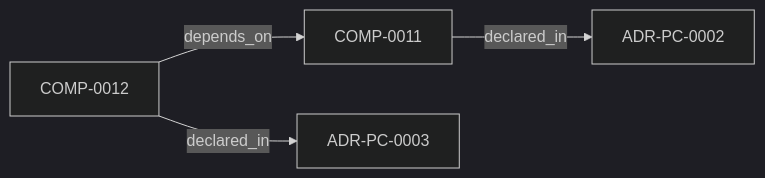
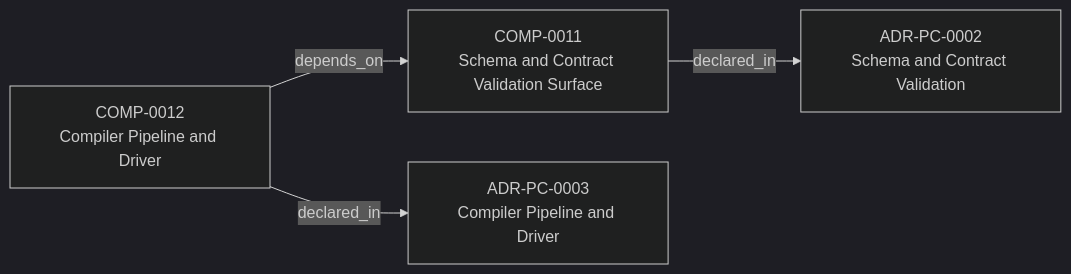
One commit to egallmann/adr-architecture-kit changed the first of 3 diagrams in adrs/adr-projection/physical-component/ADR-PC-0002-schema-and-contract-validation.md. Above: the diagram before and after it, drawn with Mermaid (dark theme). The commit also changed other lines of this file and 35 other files, not shown here.

````diff
--- a/adrs/adr-projection/physical-component/ADR-PC-0002-schema-and-contract-validation.md
+++ b/adrs/adr-projection/physical-component/ADR-PC-0002-schema-and-contract-validation.md
@@ -30,10 +62,10 @@
 ```mermaid
 flowchart LR
-  n_019fee89_e617_7060_8f3f_4ecd46a719da["COMP-0011"]
-  n_019fee89_e617_76ad_9336_b3615a6e4bde["COMP-0012"]
-  n_019fee89_e617_7d2b_8325_cd85ff814477["ADR-PC-0002"]
-  n_019fee89_e618_7b76_843f_cfe21ceb2ea6["ADR-PC-0003"]
+  n_019fee89_e617_7060_8f3f_4ecd46a719da["COMP-0011<br/>Schema and Contract Validation Surface"]
+  n_019fee89_e617_76ad_9336_b3615a6e4bde["COMP-0012<br/>Compiler Pipeline and Driver"]
+  n_019fee89_e617_7d2b_8325_cd85ff814477["ADR-PC-0002<br/>Schema and Contract Validation"]
+  n_019fee89_e618_7b76_843f_cfe21ceb2ea6["ADR-PC-0003<br/>Compiler Pipeline and Driver"]
   n_019fee89_e617_7060_8f3f_4ecd46a719da -->|"declared_in"| n_019fee89_e617_7d2b_8325_cd85ff814477
   n_019fee89_e617_76ad_9336_b3615a6e4bde -->|"declared_in"| n_019fee89_e618_7b76_843f_cfe21ceb2ea6
   n_019fee89_e617_76ad_9336_b3615a6e4bde -->|"depends_on"| n_019fee89_e617_7060_8f3f_4ecd46a719da
 ```
````
